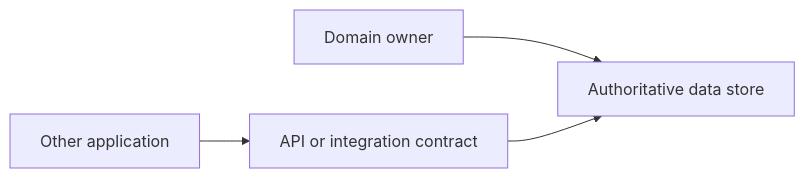
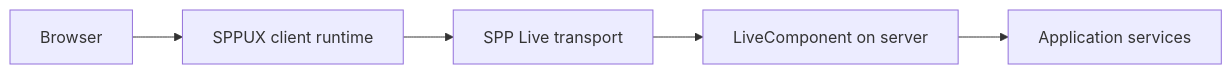
Before and after one commit to shuklasp/spp: the ninth of 9 diagrams in documentation/handbook/21-enterprise-architecture-and-deployment.md, drawn with Mermaid. The commit also changed other lines of this file, not shown here.

Commit message:
Deep rewrite enterprise architecture and deployment for beginner to advanced

````diff
--- a/documentation/handbook/21-enterprise-architecture-and-deployment.md
+++ b/documentation/handbook/21-enterprise-architecture-and-deployment.md
@@ -292,6 +293,7 @@
 ```mermaid
 flowchart LR
-    A[Domain owner] --> B[Authoritative data store]
-    C[Other application] --> D[API or integration contract]
-    D --> B
+    A[Browser] --> B[SPPUX client runtime]
+    B --> C[SPP Live transport]
+    C --> D[LiveComponent on server]
+    D --> E[Application services]
 ```
````
